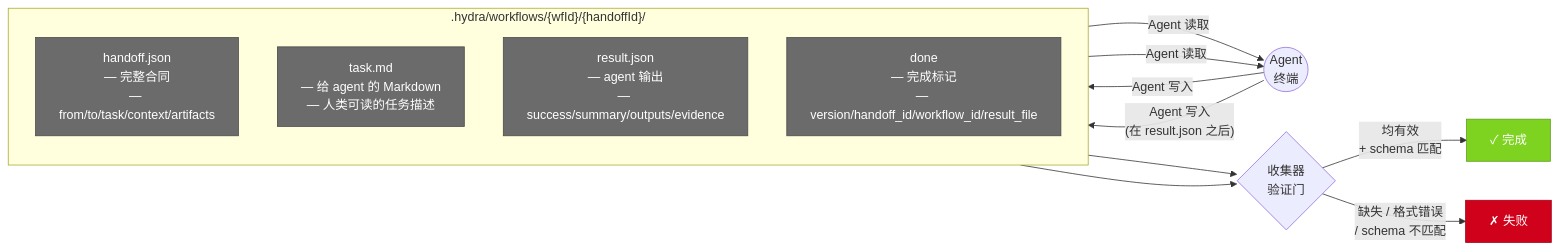
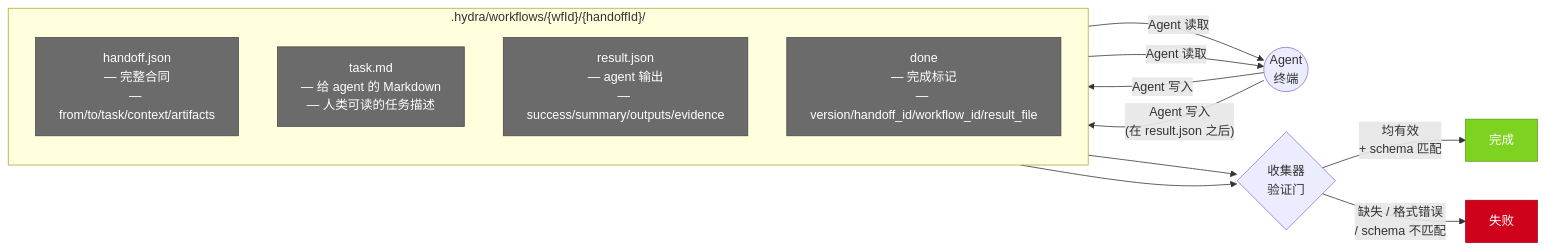
One commit to blueberrycongee/termcanvas changed the fourth of 6 diagrams in docs/hydra-panorama-flow-zh.md. Above: the diagram before and after it, drawn with Mermaid. The commit also changed other lines of this file and 1 other file, not shown here.

First line of the commit message:
fix(docs): sanitize Mermaid syntax for GitHub rendering

````diff
--- a/docs/hydra-panorama-flow-zh.md
+++ b/docs/hydra-panorama-flow-zh.md
@@ -258,25 +246,25 @@
 ```mermaid
 flowchart LR
     classDef file fill:#6b6b6b,stroke:#4a4a4a,color:#fff
     classDef valid fill:#7ed321,stroke:#5a9e18,color:#fff
     classDef invalid fill:#d0021b,stroke:#a00116,color:#fff
 
     subgraph PACKAGE [".hydra/workflows/{wfId}/{handoffId}/"]
         direction TB
         HF[handoff.json\n— 完整合同\n— from/to/task/context/artifacts]:::file
         TM[task.md\n— 给 agent 的 Markdown\n— 人类可读的任务描述]:::file
         RJ[result.json\n— agent 输出\n— success/summary/outputs/evidence]:::file
         DM[done\n— 完成标记\n— version/handoff_id/workflow_id/result_file]:::file
     end
 
     HF -- "Agent 读取" --> AGENT((Agent\n终端))
     TM -- "Agent 读取" --> AGENT
     AGENT -- "Agent 写入" --> RJ
     AGENT -- "Agent 写入\n(在 result.json 之后)" --> DM
 
     DM --> COLLECTOR{收集器\n验证门}
     RJ --> COLLECTOR
 
-    COLLECTOR -- "均有效\n+ schema 匹配" --> PASS[✓ 完成]:::valid
-    COLLECTOR -- "缺失 / 格式错误\n/ schema 不匹配" --> REJECT[✗ 失败]:::invalid
+    COLLECTOR -- "均有效\n+ schema 匹配" --> PASS[完成]:::valid
+    COLLECTOR -- "缺失 / 格式错误\n/ schema 不匹配" --> REJECT[失败]:::invalid
 ```
````
